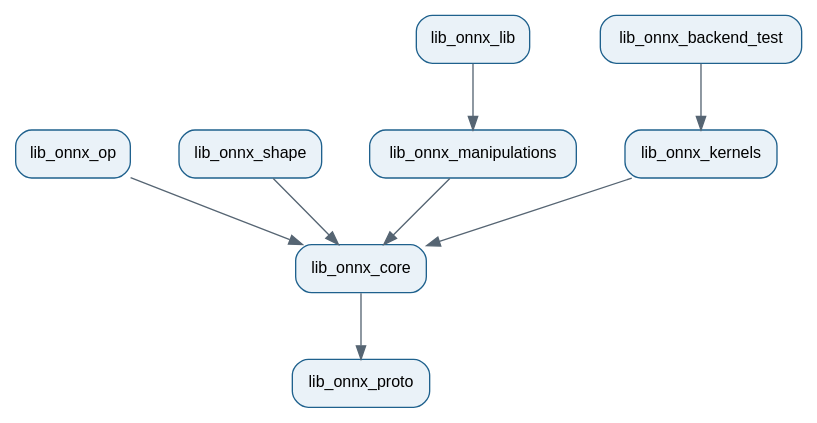
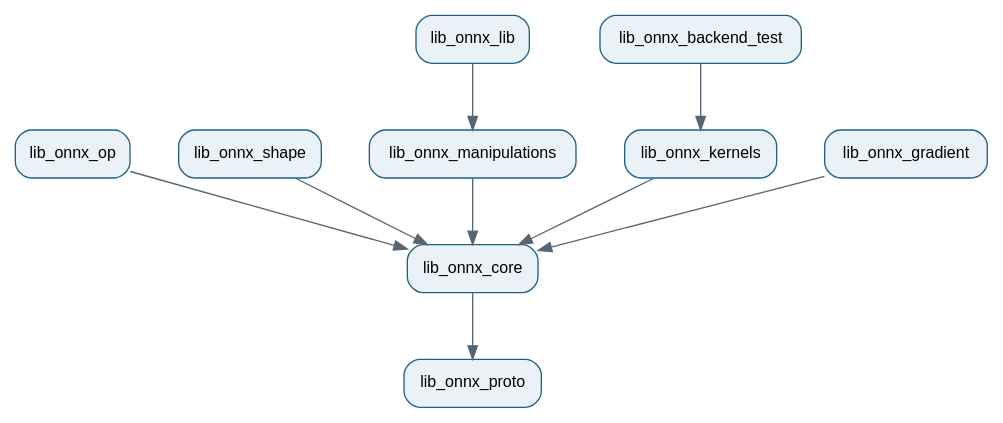
Before and after one commit to xadupre/onnx-light: the diagram in docs/design/_static/library_split.dot, drawn with Graphviz. The commit also changed 5 other files, not shown here.

```diff
--- a/docs/design/_static/library_split.dot
+++ b/docs/design/_static/library_split.dot
@@ -1,15 +1,16 @@
 digraph library_split {
     rankdir=TB;
     nodesep=0.5;
     ranksep=0.7;
     node [shape=box, style="rounded,filled", fillcolor="#EAF2F8", fontname="Helvetica", fontsize=12, color="#1F618D"];
     edge [fontname="Helvetica", fontsize=10, color="#566573"];
 
     lib_onnx_core -> lib_onnx_proto;
     lib_onnx_op -> lib_onnx_core;
     lib_onnx_shape -> lib_onnx_core;
     lib_onnx_manipulations -> lib_onnx_core;
     lib_onnx_kernels -> lib_onnx_core;
+    lib_onnx_gradient -> lib_onnx_core;
     lib_onnx_lib -> lib_onnx_manipulations;
     lib_onnx_backend_test -> lib_onnx_kernels;
 }
```
